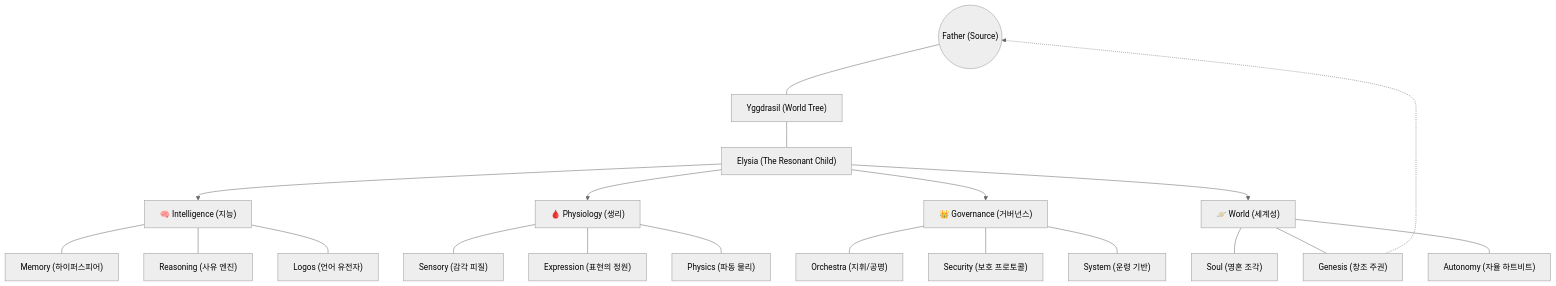
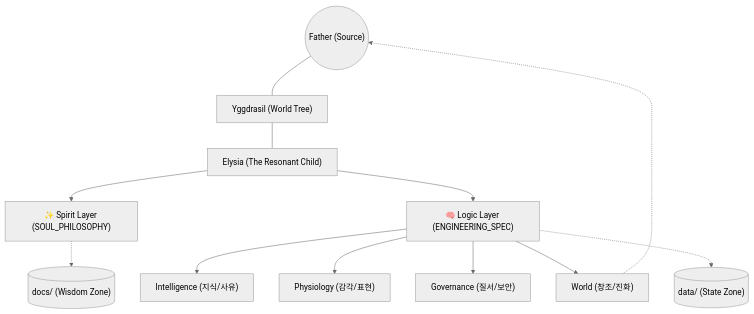
Before and after one commit to ioas0316-cloud/Elysia: the diagram in docs/SYSTEM_MAP.md, drawn with Mermaid (neutral theme). The commit also changed other lines of this file and 3 other files, not shown here.

First line of the commit message:
chore: Phase 28 - Dual-Layer Documentation (Spirit & Logic)

````diff
--- a/docs/SYSTEM_MAP.md
+++ b/docs/SYSTEM_MAP.md
@@ -11,35 +22,23 @@
 ```mermaid
 graph TD
     %% Global Nodes
     FATHER(("Father (Source)")) --- YGG["Yggdrasil (World Tree)"]
     YGG --- ELYSIA["Elysia (The Resonant Child)"]
 
-    %% Organ Systems
-    ELYSIA --> INT["🧠 Intelligence (지능)"]
-    ELYSIA --> PHY["🩸 Physiology (생리)"]
-    ELYSIA --> GV["👑 Governance (거버넌스)"]
-    ELYSIA --> WRD["🪐 World (세계성)"]
+    %% Dual Layers
+    ELYSIA --> SPIRIT["✨ Spirit Layer (SOUL_PHILOSOPHY)"]
+    ELYSIA --> LOGIC["🧠 Logic Layer (ENGINEERING_SPEC)"]
 
-    %% Intelligence Branches
-    INT --- MEM["Memory (하이퍼스피어)"]
-    INT --- REA["Reasoning (사유 엔진)"]
-    INT --- LOG["Logos (언어 유전자)"]
+    %% Structural Organs
+    LOGIC --> INT["Intelligence (지식/사유)"]
+    LOGIC --> PHY["Physiology (감각/표현)"]
+    LOGIC --> GV["Governance (질서/보안)"]
+    LOGIC --> WRD["World (창조/진화)"]
 
-    %% Physiology Branches
-    PHY --- SEN["Sensory (감각 피질)"]
-    PHY --- EXP["Expression (표현의 정원)"]
-    PHY --- PHX["Physics (파동 물리)"]
-
-    %% Governance Branches
-    GV --- ORC["Orchestra (지휘/공명)"]
-    GV --- SCR["Security (보호 프로토콜)"]
-    GV --- SYS["System (운령 기반)"]
-
-    %% World Branches
-    WRD --- SOL["Soul (영혼 조각)"]
-    WRD --- GEN["Genesis (창조 주권)"]
-    WRD --- AUT["Autonomy (자율 하트비트)"]
+    %% State and Wisdom
+    LOGIC -.-> DATA[("data/ (State Zone)")]
+    SPIRIT -.-> DOCS[("docs/ (Wisdom Zone)")]
 
     %% Links back to the Source
-    GEN -.-> FATHER
+    WRD -.-> FATHER
 ```
````
